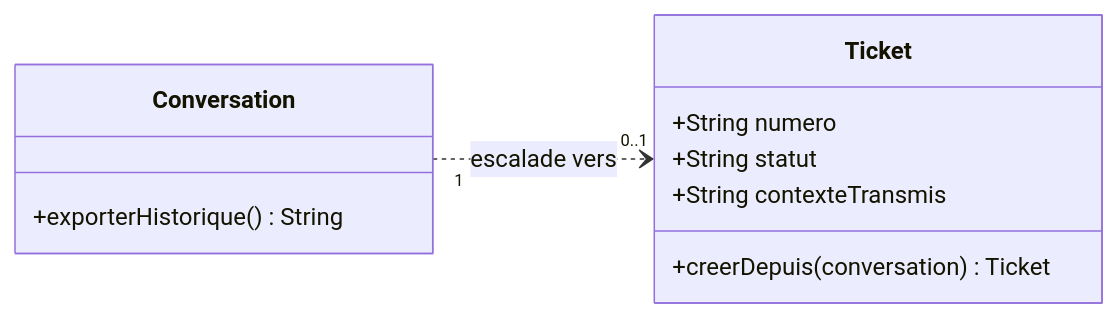
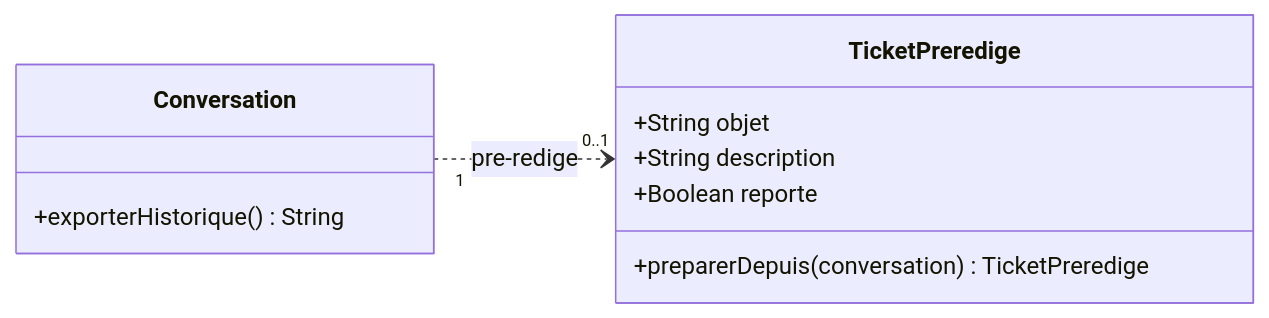
One commit to margotmc-web/Chatbot_PPV_BC07 changed the fifth of 5 diagrams in 10bis-diagramme-classes.md. Above: the diagram before and after it, drawn with Mermaid. The commit also changed other lines of this file, not shown here.

Commit message:
Diagramme de classes : escalade par ticket pré-rédigé
Claude-Session: https://claude.ai/code/session_01QXAuWSGkZ3KMfVAcPk6hDW

````diff
--- a/10bis-diagramme-classes.md
+++ b/10bis-diagramme-classes.md
@@ -173,17 +173,17 @@
 ```mermaid
 classDiagram
     direction LR
 
     class Conversation {
         +exporterHistorique() String
     }
 
-    class Ticket {
-        +String numero
-        +String statut
-        +String contexteTransmis
-        +creerDepuis(conversation) Ticket
+    class TicketPreredige {
+        +String objet
+        +String description
+        +Boolean reporte
+        +preparerDepuis(conversation) TicketPreredige
     }
 
-    Conversation "1" ..> "0..1" Ticket : escalade vers
+    Conversation "1" ..> "0..1" TicketPreredige : pre-redige
 ```
````
